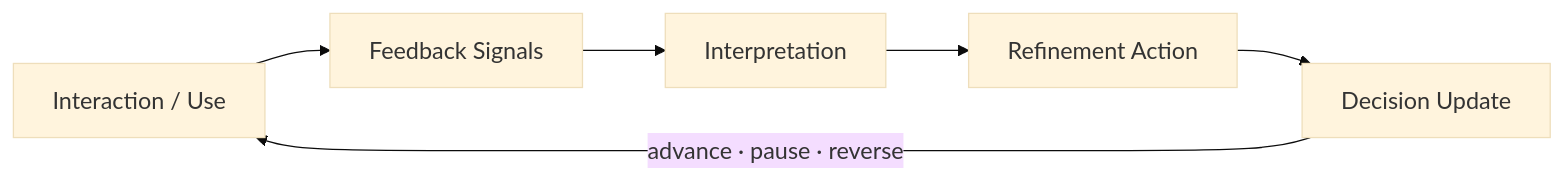
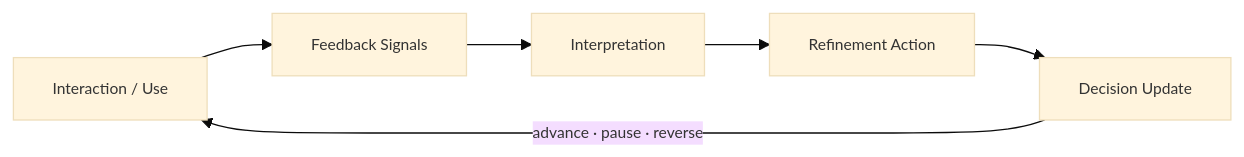
Before and after one commit to micro-canvas-framework/micro-canvas-framework.github.io: the diagram in docs/book/phase-2/18-FeedbackLoopsIterativeRefinement.md, drawn with Mermaid. The commit also changed other lines of this file and 23 other files, not shown here.

Commit message:
docs(book): normalize mermaid font size to 12px

````diff
--- a/docs/book/phase-2/18-FeedbackLoopsIterativeRefinement.md
+++ b/docs/book/phase-2/18-FeedbackLoopsIterativeRefinement.md
@@ -62,9 +62,9 @@
 ```mermaid
-%%{init: {"theme":"base","themeVariables":{"fontSize":"18px"} } }%%
+%%{init: {"theme":"base","themeVariables":{"fontSize":"12px"} } }%%
 flowchart LR
 A[Interaction / Use] --> B[Feedback Signals]
 B --> C[Interpretation]
 C --> D[Refinement Action]
 D --> E[Decision Update]
 E -->|advance · pause · reverse| A
 ```
````
